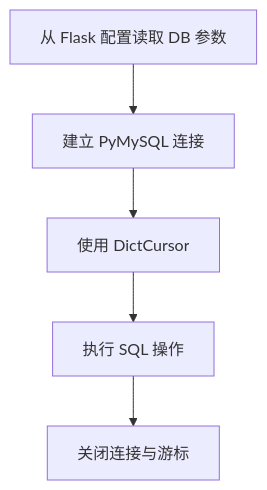
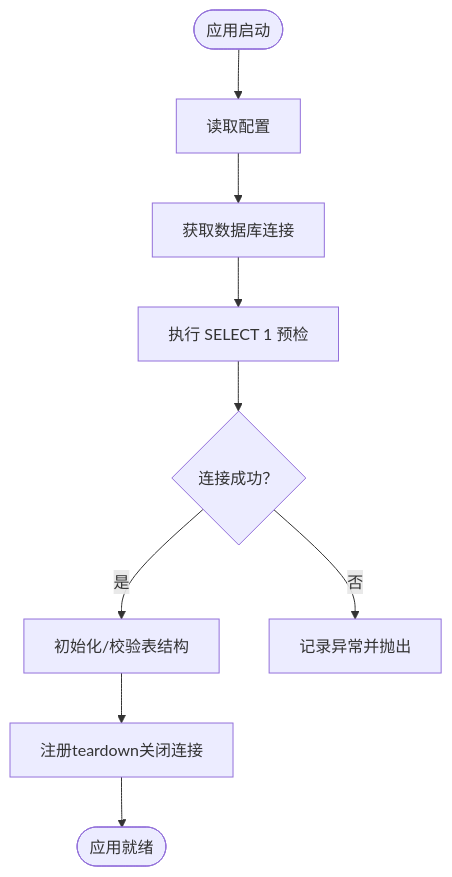
One commit to ismine3/OPS changed the fourth of 7 diagrams in .qoder/repowiki/zh/content/项目概述/技术栈概览.md. Above: the diagram before and after it, drawn with Mermaid. The commit also changed other lines of this file and 157 other files, not shown here.

````diff
--- a/.qoder/repowiki/zh/content/项目概述/技术栈概览.md
+++ b/.qoder/repowiki/zh/content/项目概述/技术栈概览.md
@@ -214,7 +163,11 @@
 ```mermaid
 flowchart TD
-GetCfg["从 Flask 配置读取 DB 参数"] --> Connect["建立 PyMySQL 连接"]
-Connect --> UseCursor["使用 DictCursor"]
-UseCursor --> ExecSQL["执行 SQL 操作"]
-ExecSQL --> Close["关闭连接与游标"]
+Start(["应用启动"]) --> LoadCfg["读取配置"]
+LoadCfg --> GetConn["获取数据库连接"]
+GetConn --> Ping["执行 SELECT 1 预检"]
+Ping --> Ok{"连接成功？"}
+Ok --> |是| InitSchema["初始化/校验表结构"]
+Ok --> |否| LogErr["记录异常并抛出"]
+InitSchema --> CloseHook["注册teardown关闭连接"]
+CloseHook --> End(["应用就绪"])
 ```
````
